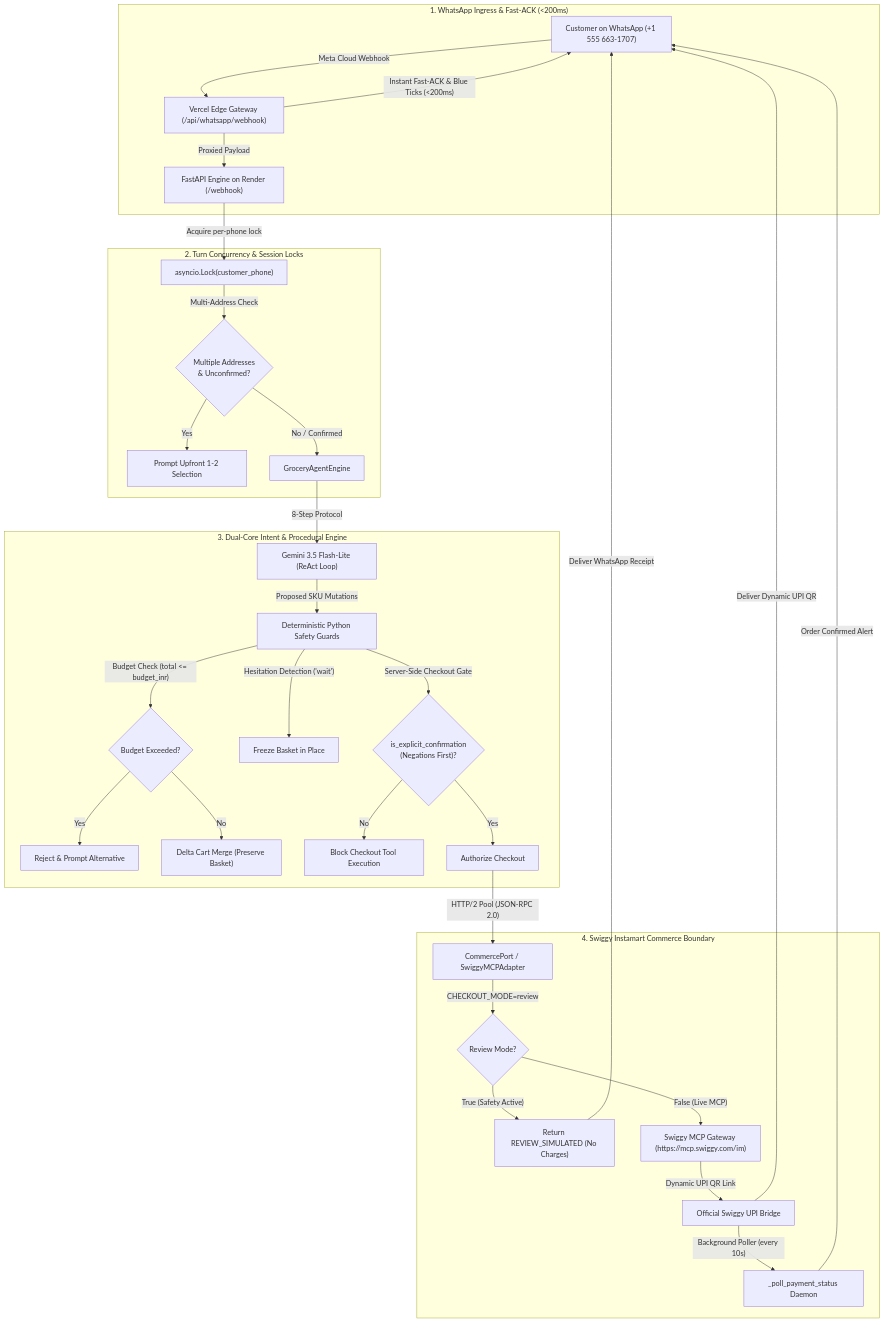
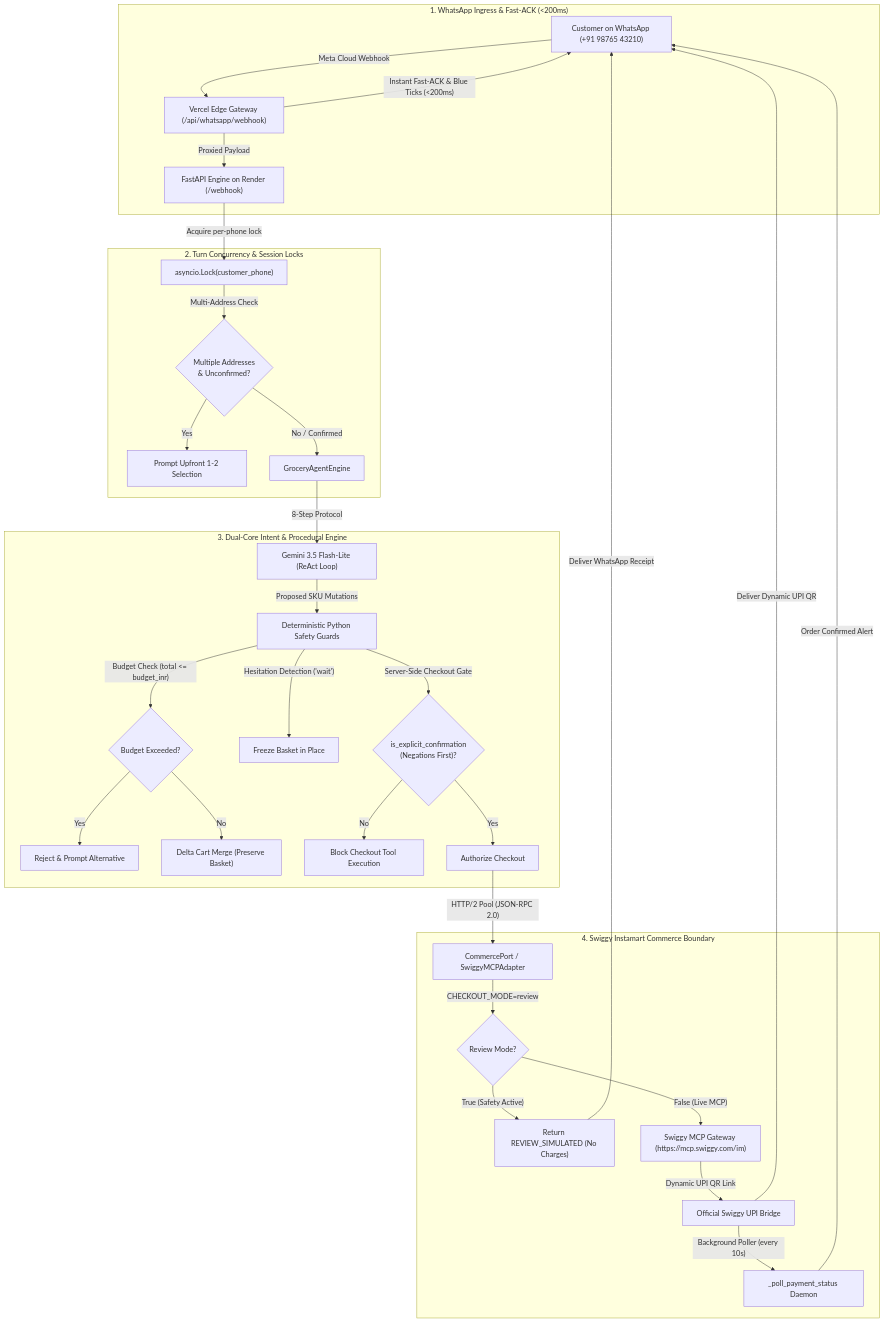
One commit to kwakhare5/Grocer changed the diagram in docs/SWIGGY_BUILDER_CLUB_APPLICATION.md. Above: the diagram before and after it, drawn with Mermaid. The commit also changed 47 other files, not shown here.

````diff
--- a/docs/SWIGGY_BUILDER_CLUB_APPLICATION.md
+++ b/docs/SWIGGY_BUILDER_CLUB_APPLICATION.md
@@ -126,40 +126,40 @@
 ```mermaid
 flowchart TD
     subgraph Ingress ["1. WhatsApp Ingress & Fast-ACK (<200ms)"]
-        WA["Customer on WhatsApp (+1 555 663-1707)"] -->|"Meta Cloud Webhook"| Vercel["Vercel Edge Gateway (/api/whatsapp/webhook)"]
+        WA["Customer on WhatsApp (+91 98765 43210)"] -->|"Meta Cloud Webhook"| Vercel["Vercel Edge Gateway (/api/whatsapp/webhook)"]
         Vercel -->|"Instant Fast-ACK & Blue Ticks (<200ms)"| WA
         Vercel -->|"Proxied Payload"| FastAPI["FastAPI Engine on Render (/webhook)"]
     end
 
     subgraph Concurrency ["2. Turn Concurrency & Session Locks"]
         FastAPI -->|"Acquire per-phone lock"| Lock["asyncio.Lock(customer_phone)"]
         Lock -->|"Multi-Address Check"| AddrGuard{"Multiple Addresses\n& Unconfirmed?"}
         AddrGuard -->|"Yes"| AddrPrompt["Prompt Upfront 1-2 Selection"]
         AddrGuard -->|"No / Confirmed"| Engine["GroceryAgentEngine"]
     end
 
     subgraph DualCore ["3. Dual-Core Intent & Procedural Engine"]
         Engine -->|"8-Step Protocol"| Gemini["Gemini 3.5 Flash-Lite (ReAct Loop)"]
         Gemini -->|"Proposed SKU Mutations"| Guards["Deterministic Python Safety Guards"]
         Guards -->|"Budget Check (total <= budget_inr)"| BudgetGuard{"Budget Exceeded?"}
         BudgetGuard -->|"Yes"| BudgetReject["Reject & Prompt Alternative"]
         BudgetGuard -->|"No"| DeltaMerge["Delta Cart Merge (Preserve Basket)"]
         Guards -->|"Hesitation Detection ('wait')"| Hold["Freeze Basket in Place"]
         Guards -->|"Server-Side Checkout Gate"| Gate{"is_explicit_confirmation\n(Negations First)?"}
         Gate -->|"No"| Block["Block Checkout Tool Execution"]
         Gate -->|"Yes"| Auth["Authorize Checkout"]
     end
 
     subgraph Commerce ["4. Swiggy Instamart Commerce Boundary"]
         Auth -->|"HTTP/2 Pool (JSON-RPC 2.0)"| Port["CommercePort / SwiggyMCPAdapter"]
         Port -->|"CHECKOUT_MODE=review"| ReviewGate{"Review Mode?"}
         ReviewGate -->|"True (Safety Active)"| Sim["Return REVIEW_SIMULATED (No Charges)"]
         ReviewGate -->|"False (Live MCP)"| LiveMCP["Swiggy MCP Gateway (https://mcp.swiggy.com/im)"]
         LiveMCP -->|"Dynamic UPI QR Link"| PayLink["Official Swiggy UPI Bridge"]
         PayLink -->|"Background Poller (every 10s)"| Poller["_poll_payment_status Daemon"]
     end
 
     Sim -->|"Deliver WhatsApp Receipt"| WA
     PayLink -->|"Deliver Dynamic UPI QR"| WA
     Poller -->|"Order Confirmed Alert"| WA
 ```
````
